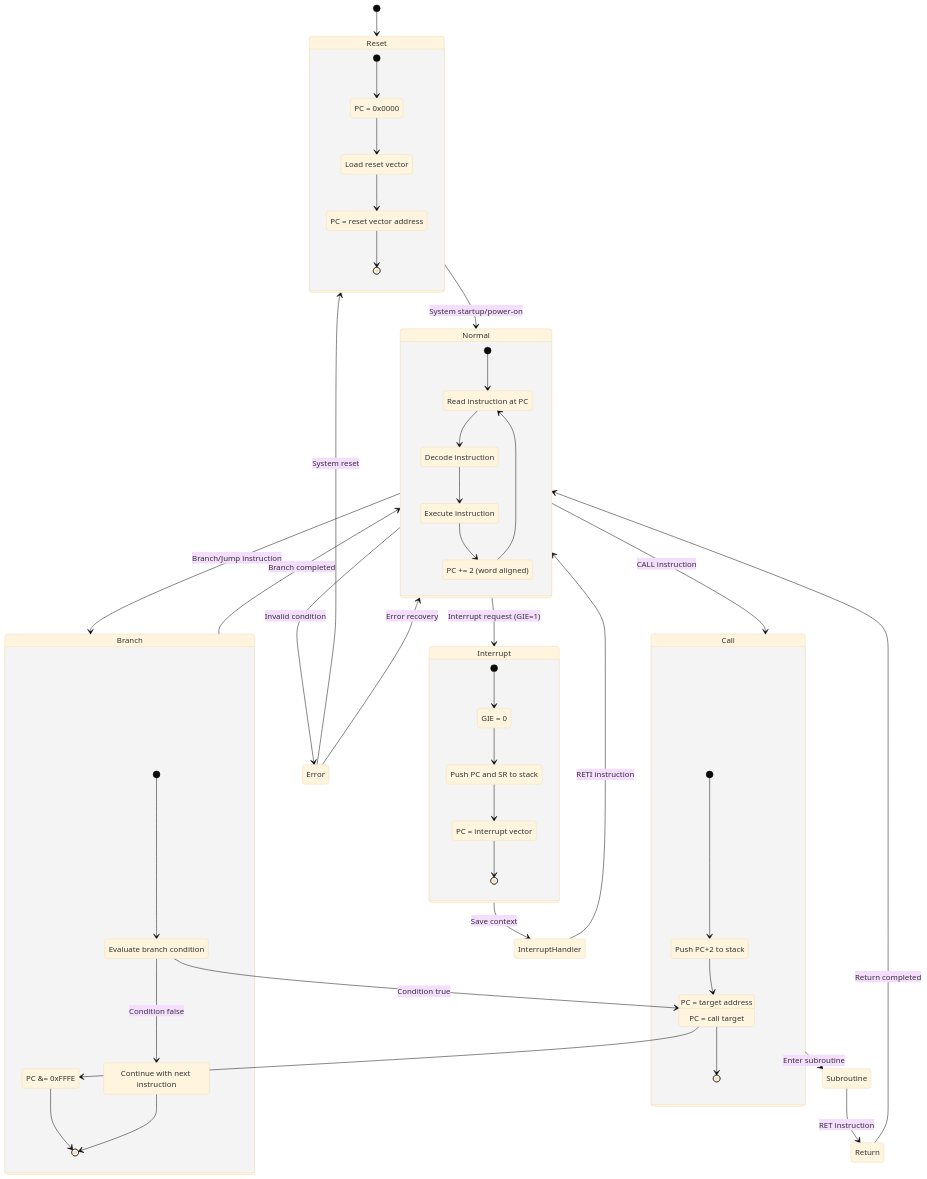
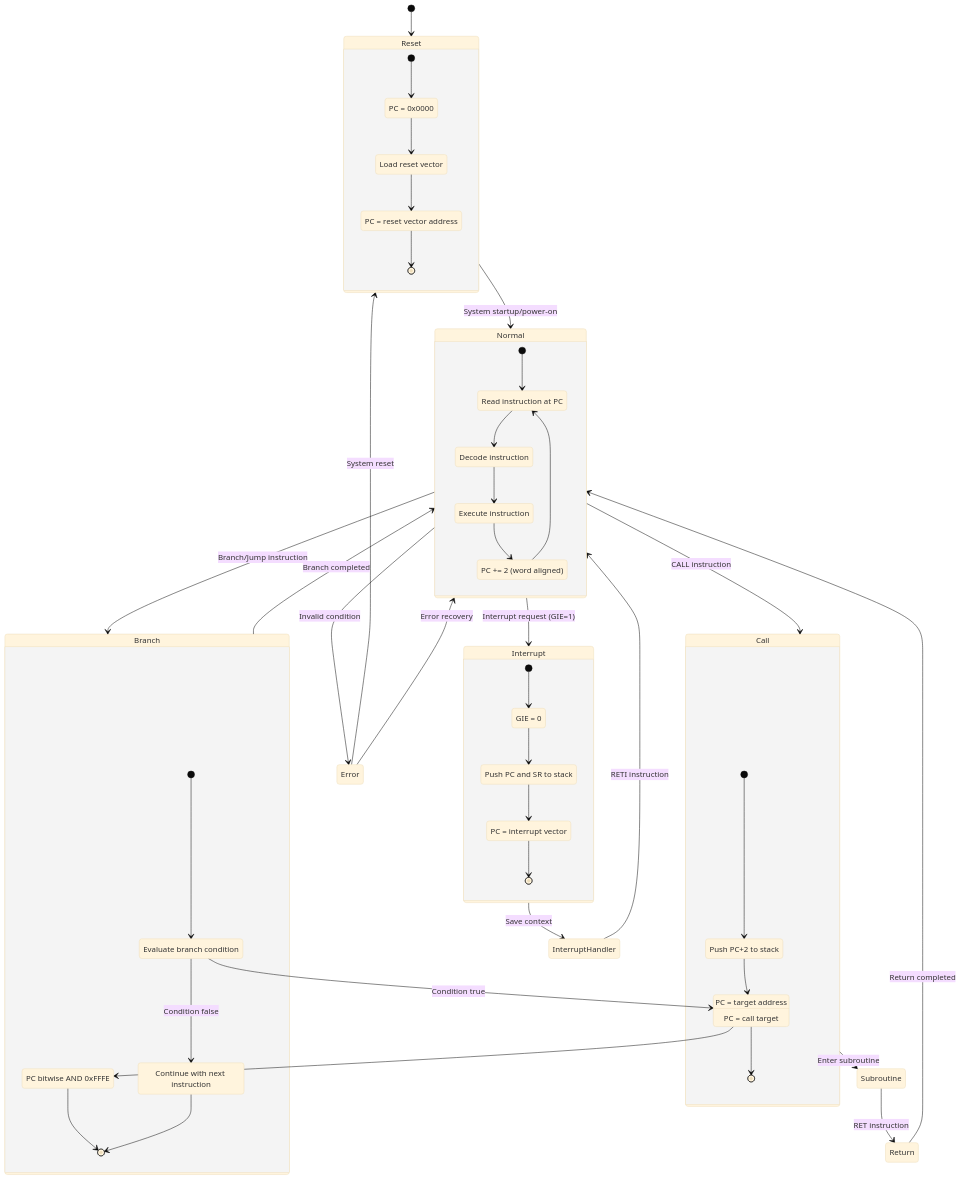
The first of 10 diagrams in docs/diagrams/cpu/pc_state_transitions.md (grahame-white/ai_msp430_emulator), drawn with Mermaid (base theme) before and after one commit. The commit also changed other lines of this file, not shown here.

Commit message:
Fix remaining Mermaid diagram parsing errors by removing bitwise operators and complex expressions from node labels

````diff
--- a/docs/diagrams/cpu/pc_state_transitions.md
+++ b/docs/diagrams/cpu/pc_state_transitions.md
@@ -15,79 +15,79 @@
 ```mermaid
 stateDiagram-v2
     [*] --> Reset
     Reset --> Normal : System startup/power-on
     Normal --> Branch : Branch/Jump instruction
     Normal --> Call : CALL instruction  
     Normal --> Interrupt : Interrupt request (GIE=1)
     Normal --> Error : Invalid condition
     
     Branch --> Normal : Branch completed
     Call --> Subroutine : Enter subroutine
     Subroutine --> Return : RET instruction
     Return --> Normal : Return completed
     
     Interrupt --> InterruptHandler : Save context
     InterruptHandler --> Normal : RETI instruction
     
     Error --> Reset : System reset
     Error --> Normal : Error recovery
     
     state Reset {
         [*] --> PowerOn
         PowerOn --> Initialize
         Initialize --> SetPC
         SetPC --> [*]
         
         PowerOn : PC = 0x0000
         Initialize : Load reset vector
         SetPC : PC = reset vector address
     }
     
     state Normal {
         [*] --> Fetch
         Fetch --> Decode
         Decode --> Execute
         Execute --> Increment
         Increment --> Fetch
         
         Fetch : Read instruction at PC
         Decode : Decode instruction
         Execute : Execute instruction  
         Increment : PC += 2 (word aligned)
     }
     
     state Branch {
         [*] --> CheckCondition
         CheckCondition --> SetTarget : Condition true
         CheckCondition --> NoAction : Condition false
         SetTarget --> AlignPC
         AlignPC --> [*]
         NoAction --> [*]
         
         CheckCondition : Evaluate branch condition
         SetTarget : PC = target address
-        AlignPC : PC &= 0xFFFE
+        AlignPC : PC bitwise AND 0xFFFE
         NoAction : Continue with next instruction
     }
     
     state Call {
         [*] --> PushReturn
         PushReturn --> SetTarget
         SetTarget --> [*]
         
         PushReturn : Push PC+2 to stack
         SetTarget : PC = call target
     }
     
     state Interrupt {
         [*] --> DisableGIE
         DisableGIE --> PushContext
         PushContext --> LoadVector
         LoadVector --> [*]
         
         DisableGIE : GIE = 0
         PushContext : Push PC and SR to stack
         LoadVector : PC = interrupt vector
     }
 
 ```
````
